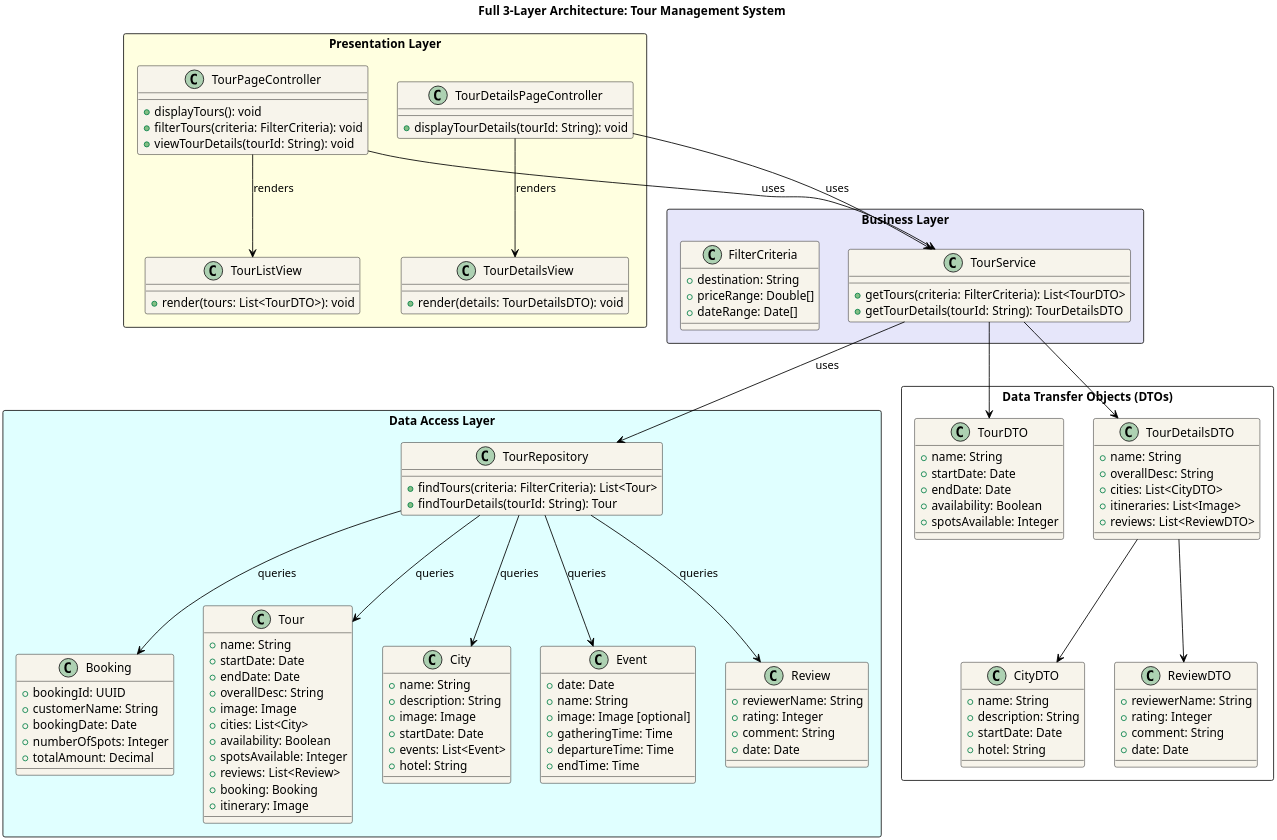
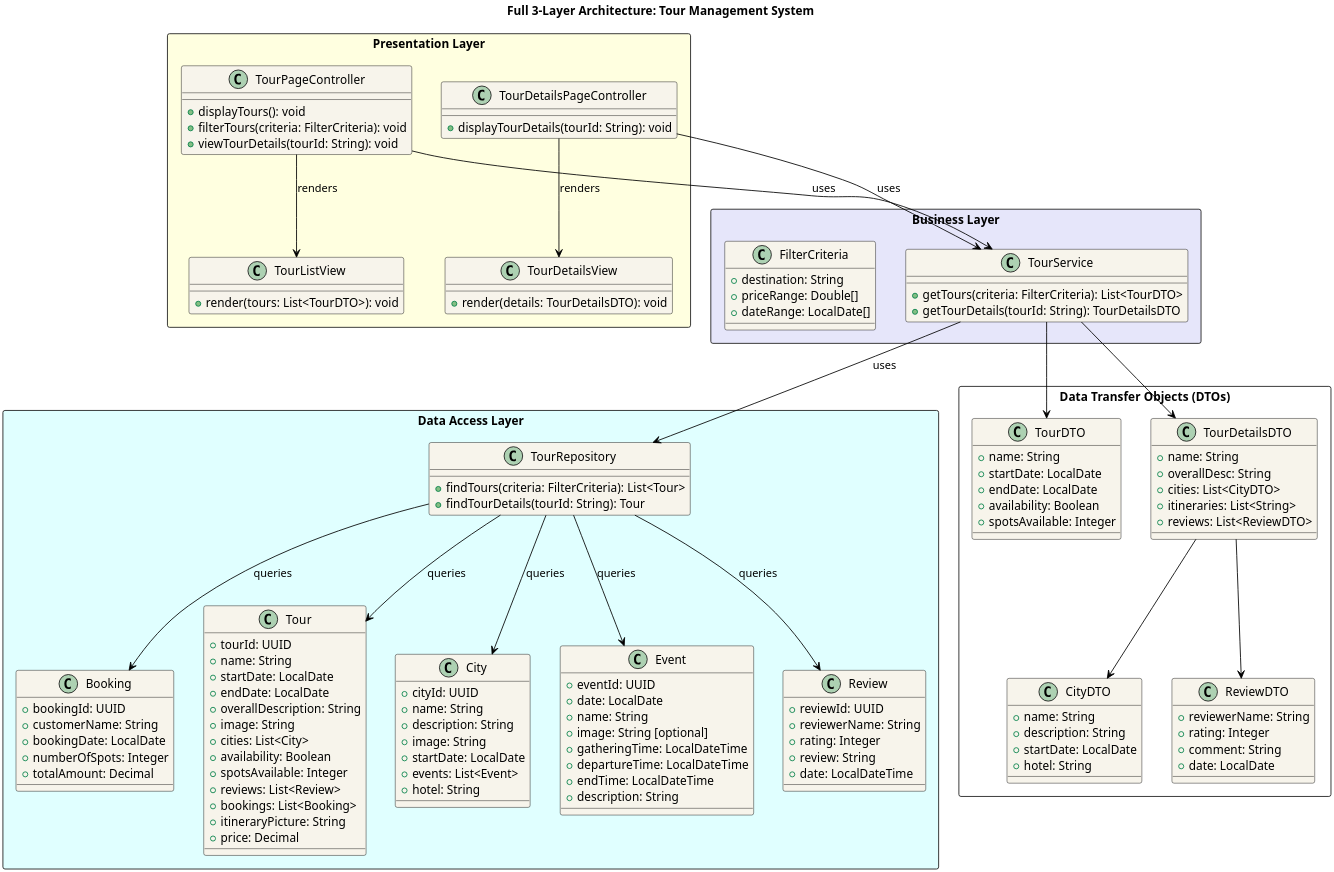
Before and after one commit to Hares-2088/TravelTrove: the diagram in diagrams/Design_Level_Class_Diagrams/ViewTourPackages.puml, drawn with PlantUML. The commit also changed 43 other files, not shown here.

```diff
--- a/diagrams/Design_Level_Class_Diagrams/ViewTourPackages.puml
+++ b/diagrams/Design_Level_Class_Diagrams/ViewTourPackages.puml
@@ -1,152 +1,158 @@
 @startuml
 skinparam class {
     BackgroundColor #f7f4eb
     BorderColor Black
     ArrowColor Black
 }
 skinparam dpi 300
 
 title Full 3-Layer Architecture: Tour Management System
 
 ' Presentation Layer
 package "Presentation Layer" <<Rectangle>> #LightYellow {
     class TourPageController {
         + displayTours(): void
         + filterTours(criteria: FilterCriteria): void
         + viewTourDetails(tourId: String): void
     }
 
     class TourDetailsPageController {
         + displayTourDetails(tourId: String): void
     }
 
     class TourListView {
         + render(tours: List<TourDTO>): void
     }
 
     class TourDetailsView {
         + render(details: TourDetailsDTO): void
     }
 
     TourPageController --> TourListView : "renders"
     TourDetailsPageController --> TourDetailsView : "renders"
 }
 
 ' Business Layer
 package "Business Layer" <<Rectangle>> #Lavender {
     class TourService {
         + getTours(criteria: FilterCriteria): List<TourDTO>
         + getTourDetails(tourId: String): TourDetailsDTO
     }
 
     class FilterCriteria {
         + destination: String
         + priceRange: Double[]
-        + dateRange: Date[]
+        + dateRange: LocalDate[]
     }
 
     TourPageController --> TourService : "uses"
     TourDetailsPageController --> TourService : "uses"
 }
 
 ' Data Access Layer
 package "Data Access Layer" <<Rectangle>> #LightCyan {
     class Tour {
+        + tourId: UUID
         + name: String
-        + startDate: Date
-        + endDate: Date
-        + overallDesc: String
-        + image: Image
+        + startDate: LocalDate
+        + endDate: LocalDate
+        + overallDescription: String
+        + image: String
         + cities: List<City>
         + availability: Boolean
         + spotsAvailable: Integer
         + reviews: List<Review>
-        + booking: Booking
-        + itinerary: Image
+        + bookings: List<Booking>
+        + itineraryPicture: String
+        + price: Decimal
     }
 
     class City {
+        + cityId: UUID
         + name: String
         + description: String
-        + image: Image
-        + startDate: Date
+        + image: String
+        + startDate: LocalDate
         + events: List<Event>
         + hotel: String
     }
 
     class Event {
-        + date: Date
+        + eventId: UUID
+        + date: LocalDate
         + name: String
-        + image: Image [optional]
-        + gatheringTime: Time
-        + departureTime: Time
-        + endTime: Time
+        + image: String [optional]
+        + gatheringTime: LocalDateTime
+        + departureTime: LocalDateTime
+        + endTime: LocalDateTime
+        + description: String
     }
 
     class Review {
+        + reviewId: UUID
         + reviewerName: String
         + rating: Integer
-        + comment: String
-        + date: Date
+        + review: String
+        + date: LocalDateTime
     }
 
     class Booking {
         + bookingId: UUID
         + customerName: String
-        + bookingDate: Date
+        + bookingDate: LocalDate
         + numberOfSpots: Integer
         + totalAmount: Decimal
     }
 
     class TourRepository {
         + findTours(criteria: FilterCriteria): List<Tour>
         + findTourDetails(tourId: String): Tour
     }
 
     TourService --> TourRepository : "uses"
     TourRepository --> Tour : "queries"
     TourRepository --> City : "queries"
     TourRepository --> Event : "queries"
     TourRepository --> Review : "queries"
     TourRepository --> Booking : "queries"
 }
 
 ' Data Transfer Objects
 package "Data Transfer Objects (DTOs)" <<Rectangle>> #White {
     class TourDTO {
         + name: String
-        + startDate: Date
-        + endDate: Date
+        + startDate: LocalDate
+        + endDate: LocalDate
         + availability: Boolean
         + spotsAvailable: Integer
     }
 
     class TourDetailsDTO {
         + name: String
         + overallDesc: String
         + cities: List<CityDTO>
-        + itineraries: List<Image>
+        + itineraries: List<String>
         + reviews: List<ReviewDTO>
     }
 
     class CityDTO {
         + name: String
         + description: String
-        + startDate: Date
+        + startDate: LocalDate
         + hotel: String
     }
 
     class ReviewDTO {
         + reviewerName: String
         + rating: Integer
         + comment: String
-        + date: Date
+        + date: LocalDate
     }
 
     TourService --> TourDTO
     TourService --> TourDetailsDTO
     TourDetailsDTO --> CityDTO
     TourDetailsDTO --> ReviewDTO
 }
 
 @enduml
```
